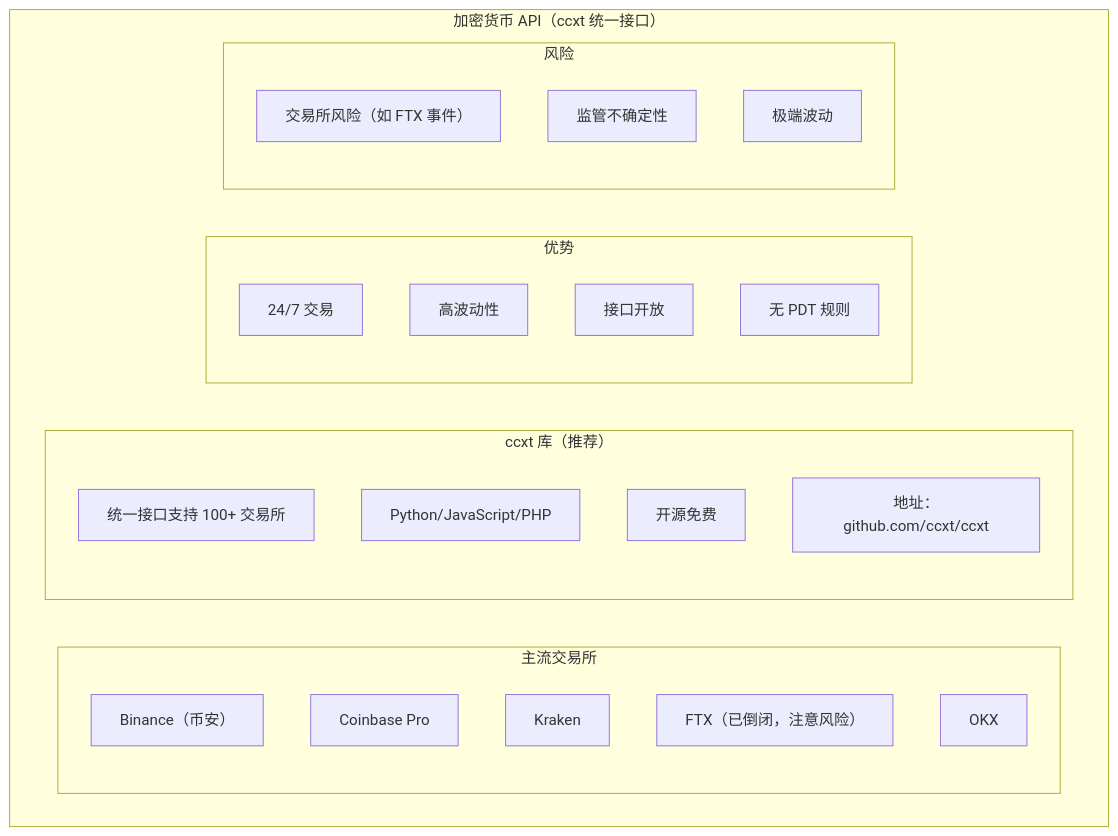
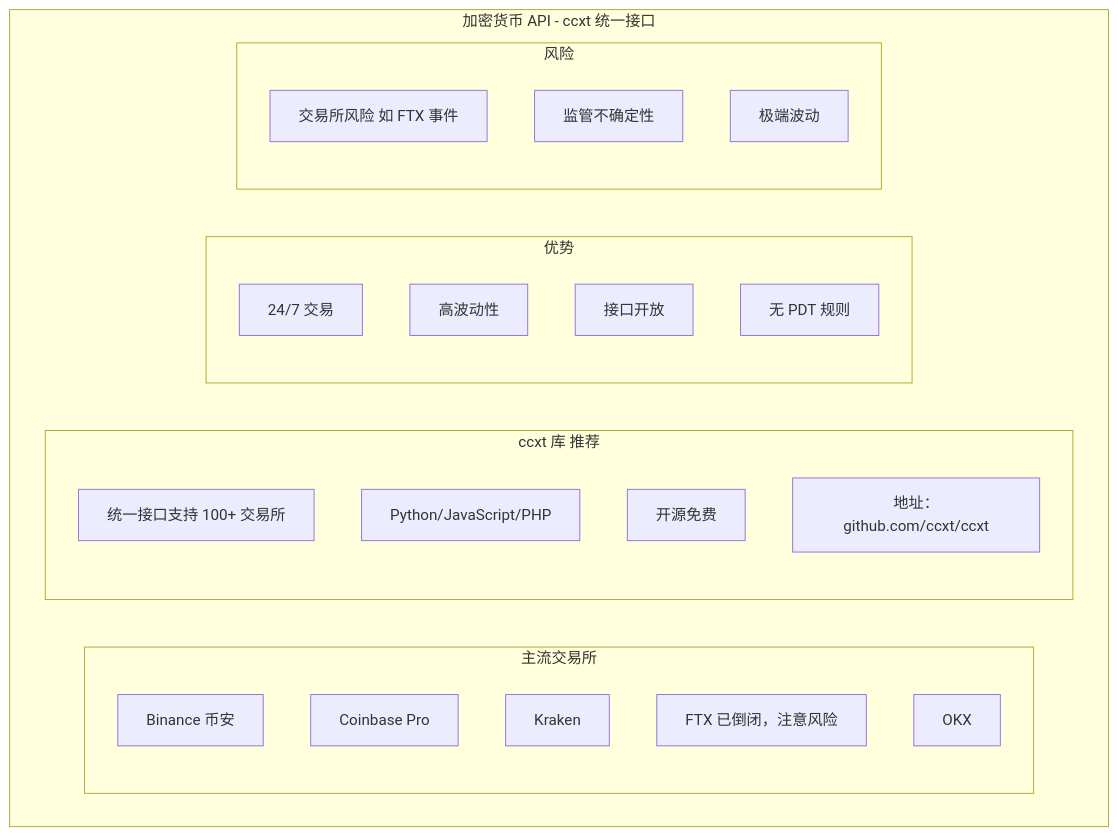
One commit to jpixy/jpixy.github.io changed the fourth of 13 diagrams in content/articles/quant/quant-04-全球量化交易接口与数据.md. Above: the diagram before and after it, drawn with Mermaid. The commit also changed other lines of this file and 66 other files, not shown here.

Commit message:
fix: resolve Mermaid syntax errors by removing parentheses in node labels

````diff
--- a/content/articles/quant/quant-04-全球量化交易接口与数据.md
+++ b/content/articles/quant/quant-04-全球量化交易接口与数据.md
@@ -163,29 +163,29 @@
 ```mermaid
 graph TB
-    subgraph 加密API["加密货币 API（ccxt 统一接口）"]
+    subgraph 加密API["加密货币 API - ccxt 统一接口"]
         subgraph 主流交易所
-            E1["Binance（币安）"]
+            E1["Binance 币安"]
             E2["Coinbase Pro"]
             E3["Kraken"]
-            E4["FTX（已倒闭，注意风险）"]
+            E4["FTX 已倒闭，注意风险"]
             E5["OKX"]
         end
-        subgraph ccxt["ccxt 库（推荐）"]
+        subgraph ccxt["ccxt 库 推荐"]
             C1["统一接口支持 100+ 交易所"]
             C2["Python/JavaScript/PHP"]
             C3["开源免费"]
             C4["地址：github.com/ccxt/ccxt"]
         end
         subgraph 优势
             Y1["24/7 交易"]
             Y2["高波动性"]
             Y3["接口开放"]
             Y4["无 PDT 规则"]
         end
         subgraph 风险
-            R1["交易所风险（如 FTX 事件）"]
+            R1["交易所风险 如 FTX 事件"]
             R2["监管不确定性"]
             R3["极端波动"]
         end
     end
 ```
````
